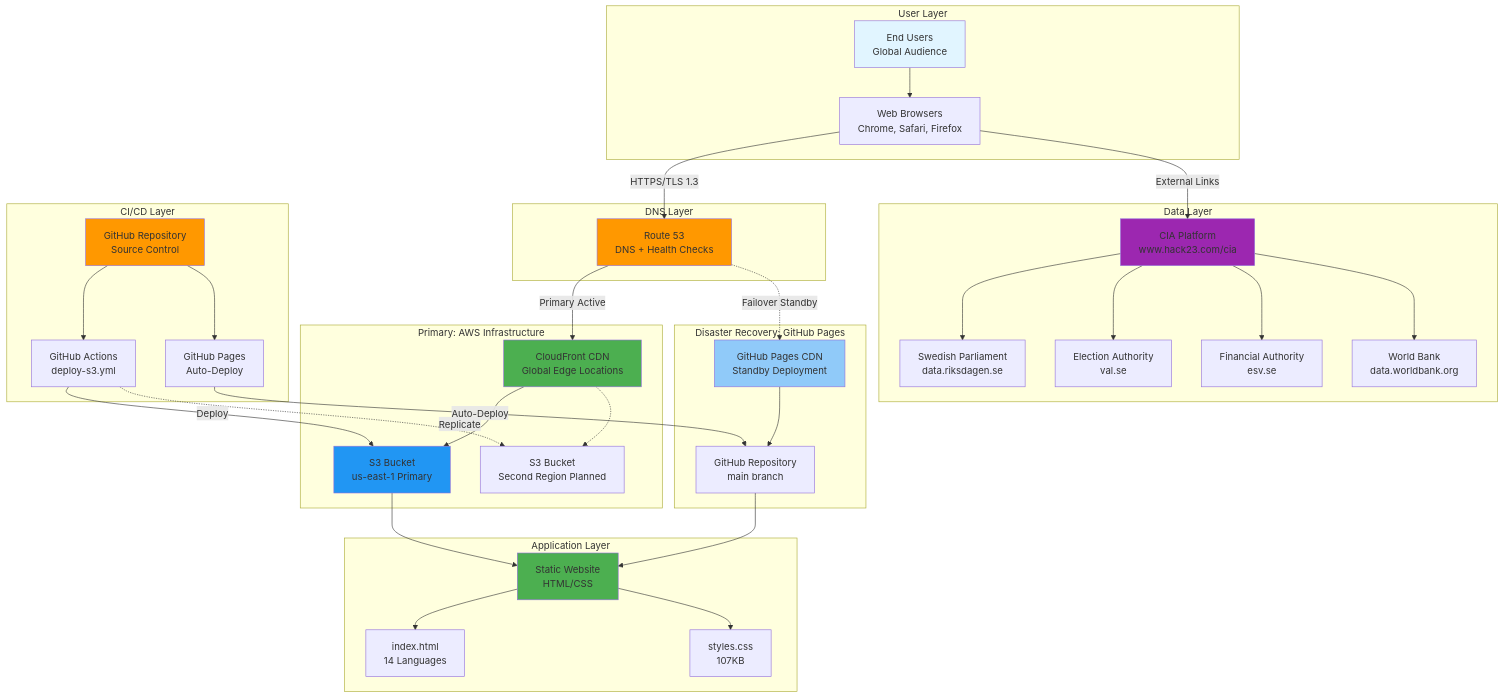
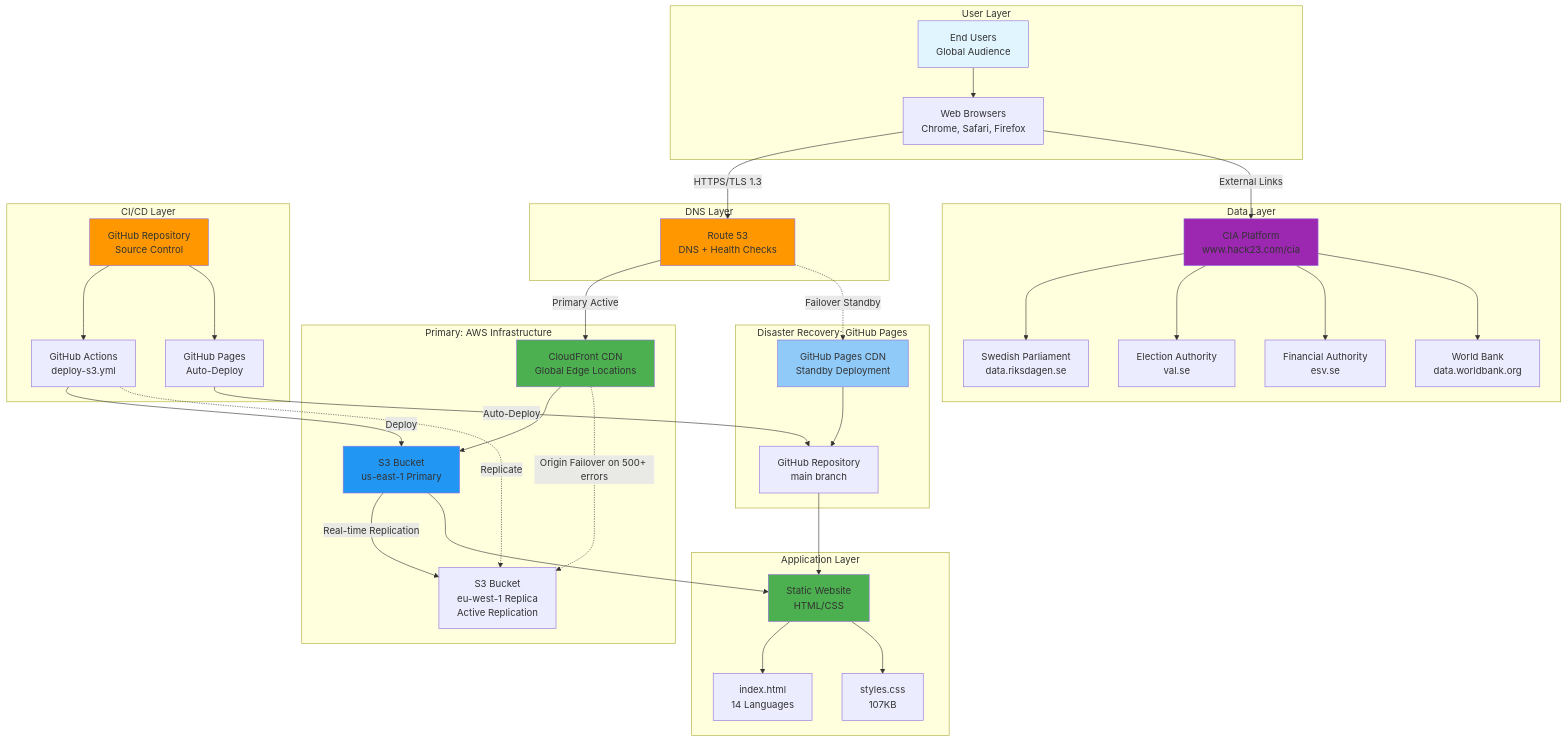
The first of 11 diagrams in ARCHITECTURE.md (Hack23/riksdagsmonitor), drawn with Mermaid before and after one commit. The commit also changed other lines of this file and 3 other files, not shown here.

Commit message:
Update documentation for multi-region S3 replication (us-east-1 → eu-west-1) and CloudFront origin failover

````diff
--- a/ARCHITECTURE.md
+++ b/ARCHITECTURE.md
@@ -16,77 +16,78 @@
 ```mermaid
 graph TB
     subgraph "User Layer"
         Users[End Users<br/>Global Audience]
         Browsers[Web Browsers<br/>Chrome, Safari, Firefox]
     end
     
     subgraph "DNS Layer"
         Route53[Route 53<br/>DNS + Health Checks]
     end
     
     subgraph "Primary: AWS Infrastructure"
         CF[CloudFront CDN<br/>Global Edge Locations]
         S3US[S3 Bucket<br/>us-east-1 Primary]
-        S3EU[S3 Bucket<br/>Second Region Planned]
+        S3EU[S3 Bucket<br/>eu-west-1 Replica<br/>Active Replication]
     end
     
     subgraph "Disaster Recovery: GitHub Pages"
         GHCDN[GitHub Pages CDN<br/>Standby Deployment]
         GHRepo[GitHub Repository<br/>main branch]
     end
     
     subgraph "Application Layer"
         Static[Static Website<br/>HTML/CSS]
         Index[index.html<br/>14 Languages]
         Styles[styles.css<br/>107KB]
     end
     
     subgraph "Data Layer"
         CIA[CIA Platform<br/>www.hack23.com/cia]
         Riksdag[Swedish Parliament<br/>data.riksdagen.se]
         Val[Election Authority<br/>val.se]
         ESV[Financial Authority<br/>esv.se]
         WB[World Bank<br/>data.worldbank.org]
     end
     
     subgraph "CI/CD Layer"
         GitHub[GitHub Repository<br/>Source Control]
         ActionsAWS[GitHub Actions<br/>deploy-s3.yml]
         ActionsGH[GitHub Pages<br/>Auto-Deploy]
     end
     
     Users --> Browsers
     Browsers -->|HTTPS/TLS 1.3| Route53
     Route53 -->|Primary Active| CF
     Route53 -.->|Failover Standby| GHCDN
     
     CF --> S3US
-    CF -.-> S3EU
+    CF -.->|Origin Failover on 500+ errors| S3EU
+    S3US -->|Real-time Replication| S3EU
     GHCDN --> GHRepo
     
     S3US --> Static
     GHRepo --> Static
     Static --> Index
     Static --> Styles
     
     Browsers -->|External Links| CIA
     CIA --> Riksdag
     CIA --> Val
     CIA --> ESV
     CIA --> WB
     
     GitHub --> ActionsAWS
     GitHub --> ActionsGH
     ActionsAWS -->|Deploy| S3US
     ActionsAWS -.->|Replicate| S3EU
     ActionsGH -->|Auto-Deploy| GHRepo
     
     style Users fill:#e1f5ff
     style Route53 fill:#ff9800
     style CF fill:#4caf50
     style S3US fill:#2196f3
     style GHCDN fill:#90caf9
     style Static fill:#4caf50
     style CIA fill:#9c27b0
     style GitHub fill:#ff9800
 ```
````
